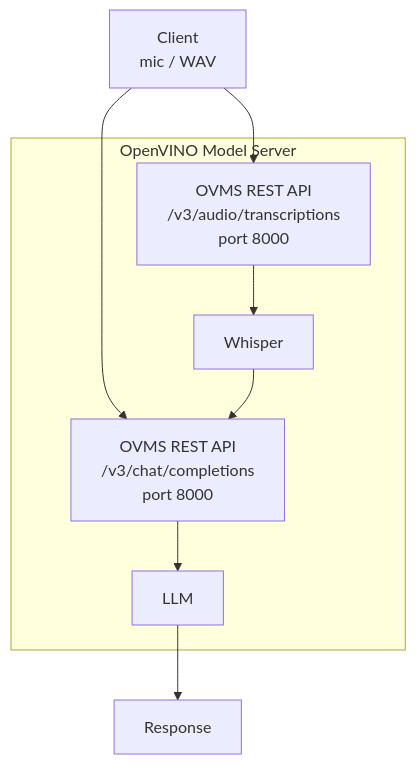
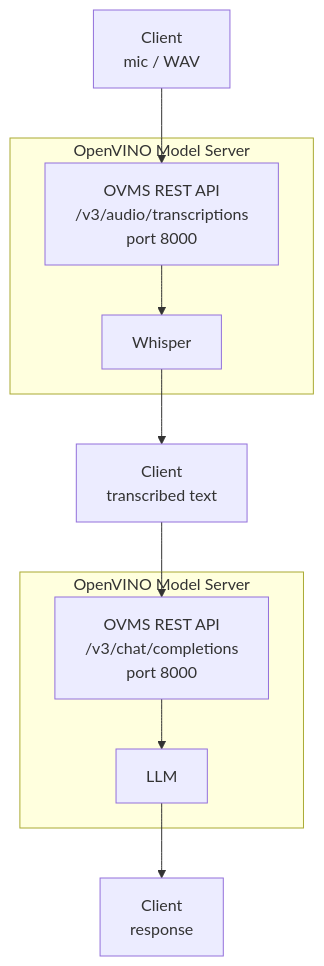
One commit to kazukiminemura/OVMS_baremetal_demo changed the diagram in Readme.md. Above: the diagram before and after it, drawn with Mermaid.

Commit message:
Clarify OVMS request flow in diagram

````diff
--- a/Readme.md
+++ b/Readme.md
@@ -7,13 +7,17 @@
 ```mermaid
 flowchart TD
     A["Client<br/>mic / WAV"] --> B["OVMS REST API<br/>/v3/audio/transcriptions<br/>port 8000"]
-    A --> C["OVMS REST API<br/>/v3/chat/completions<br/>port 8000"]
 
     subgraph OVMS["OpenVINO Model Server"]
         B --> D["Whisper"]
-        C --> E["LLM"]
     end
 
-    D --> C
-    E --> F["Response"]
+    D --> C["Client<br/>transcribed text"]
+    C --> E["OVMS REST API<br/>/v3/chat/completions<br/>port 8000"]
+
+    subgraph OVMS_LLM["OpenVINO Model Server"]
+        E --> F["LLM"]
+    end
+
+    F --> G["Client<br/>response"]
 ```
````
